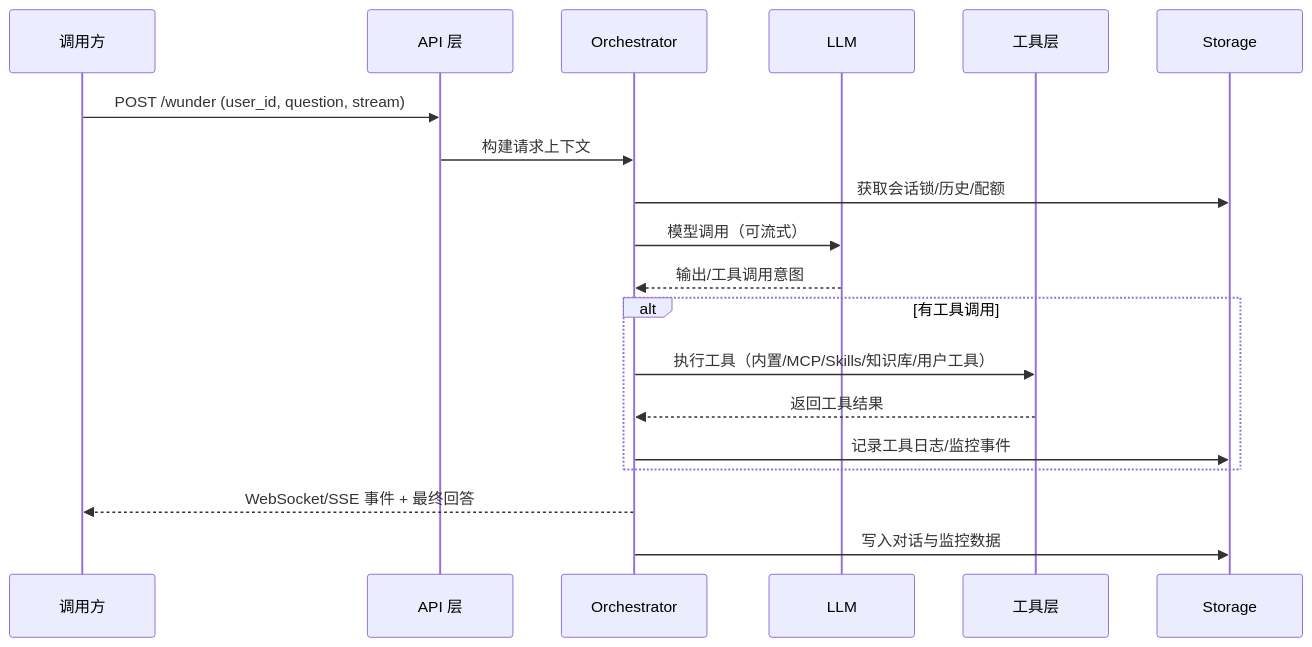
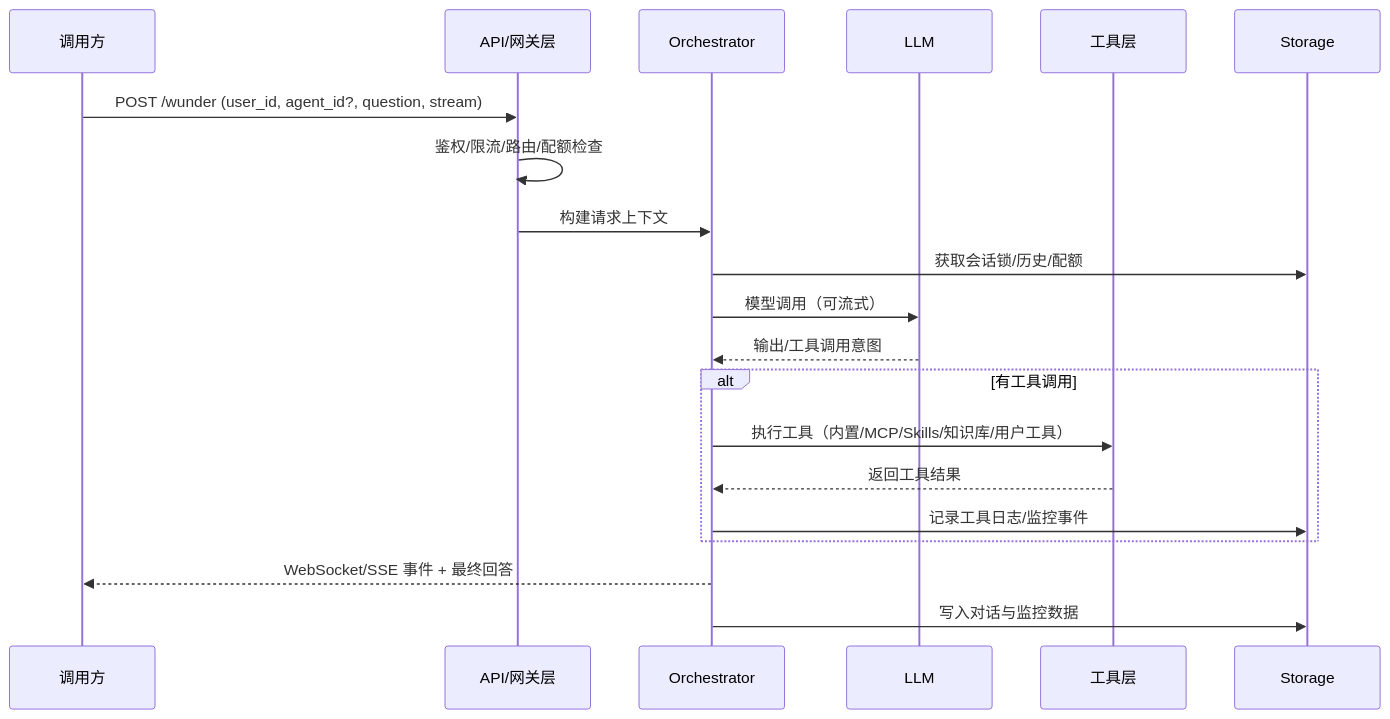
The fourth of 5 diagrams in docs/架构设计.md (ylsdamxssjxxdd/wunder), drawn with Mermaid before and after one commit. The commit also changed other lines of this file and 31 other files, not shown here.

````diff
--- a/docs/架构设计.md
+++ b/docs/架构设计.md
@@ -146,22 +158,23 @@
 ```mermaid
 sequenceDiagram
   participant U as 调用方
-  participant API as API 层
+  participant API as API/网关层
   participant O as Orchestrator
   participant L as LLM
   participant T as 工具层
   participant S as Storage
 
-  U->>API: POST /wunder (user_id, question, stream)
+  U->>API: POST /wunder (user_id, agent_id?, question, stream)
+  API->>API: 鉴权/限流/路由/配额检查
   API->>O: 构建请求上下文
   O->>S: 获取会话锁/历史/配额
   O->>L: 模型调用（可流式）
   L-->>O: 输出/工具调用意图
   alt 有工具调用
     O->>T: 执行工具（内置/MCP/Skills/知识库/用户工具）
     T-->>O: 返回工具结果
     O->>S: 记录工具日志/监控事件
   end
   O-->>U: WebSocket/SSE 事件 + 最终回答
   O->>S: 写入对话与监控数据
 ```
````
